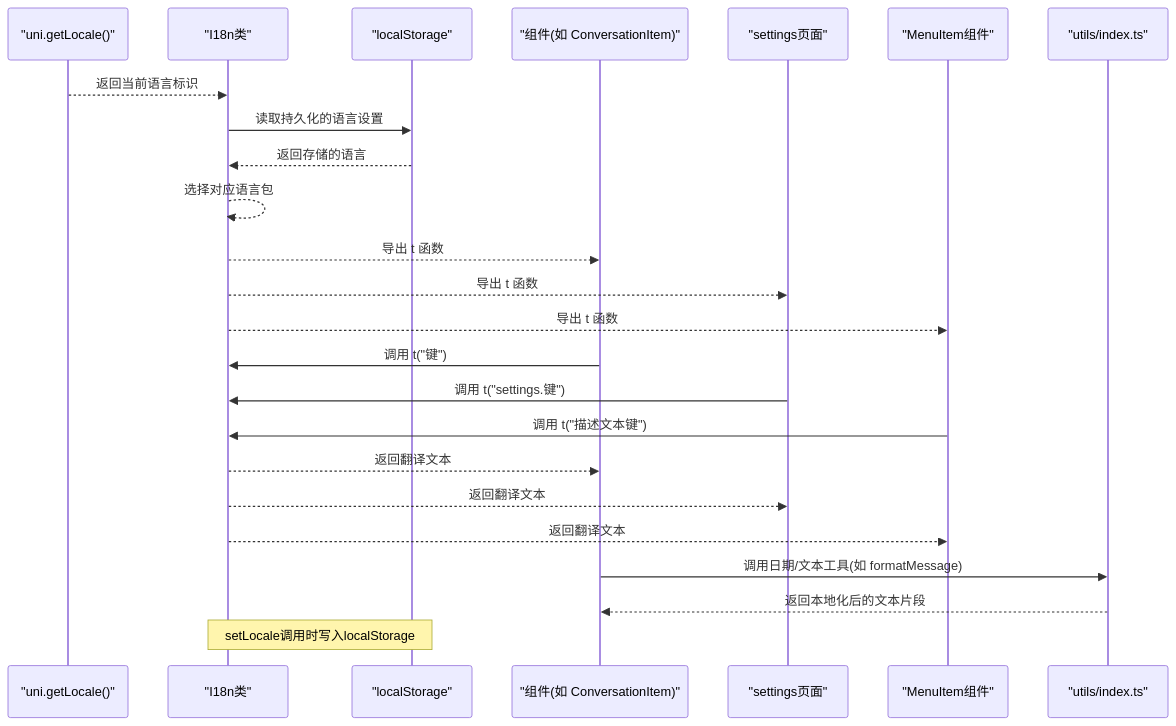
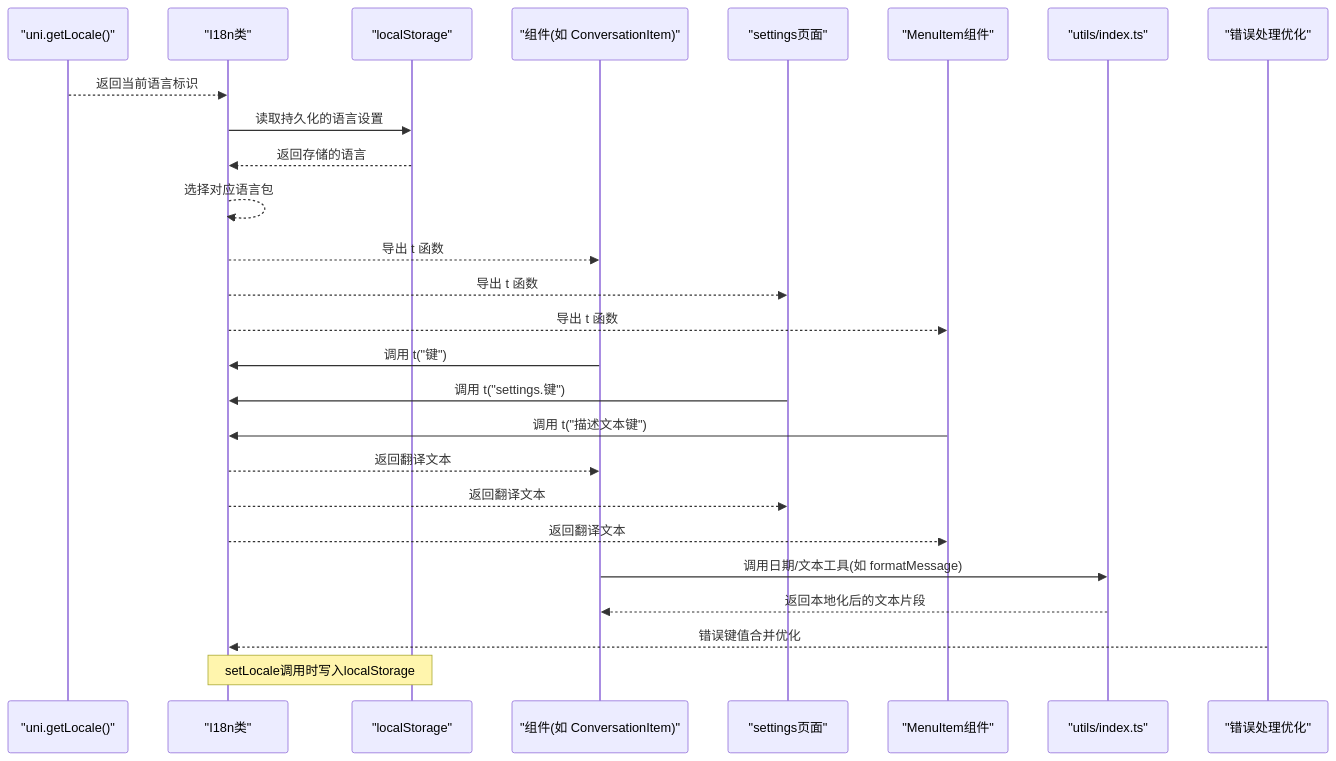
The second of 6 diagrams in .qoder/repowiki/zh/content/国际化系统.md (Easemob-Community/easemob-uikit-uniapp-community), drawn with Mermaid before and after one commit. The commit also changed other lines of this file and 5 other files, not shown here.

````diff
--- a/.qoder/repowiki/zh/content/国际化系统.md
+++ b/.qoder/repowiki/zh/content/国际化系统.md
@@ -161,26 +171,28 @@
 ```mermaid
 sequenceDiagram
 participant Uni as "uni.getLocale()"
 participant I18n as "I18n类"
 participant Storage as "localStorage"
 participant Cmp as "组件(如 ConversationItem)"
 participant Settings as "settings页面"
 participant MenuItem as "MenuItem组件"
 participant Utils as "utils/index.ts"
+participant ErrOpt as "错误处理优化"
 Uni-->>I18n : 返回当前语言标识
 I18n->>Storage : 读取持久化的语言设置
 Storage-->>I18n : 返回存储的语言
 I18n-->>I18n : 选择对应语言包
 I18n-->>Cmp : 导出 t 函数
 I18n-->>Settings : 导出 t 函数
 I18n-->>MenuItem : 导出 t 函数
 Cmp->>I18n : 调用 t("键")
 Settings->>I18n : 调用 t("settings.键")
 MenuItem->>I18n : 调用 t("描述文本键")
 I18n-->>Cmp : 返回翻译文本
 I18n-->>Settings : 返回翻译文本
 I18n-->>MenuItem : 返回翻译文本
 Cmp->>Utils : 调用日期/文本工具(如 formatMessage)
 Utils-->>Cmp : 返回本地化后的文本片段
+ErrOpt-->>I18n : 错误键值合并优化
 Note over I18n,Storage : setLocale调用时写入localStorage
 ```
````
